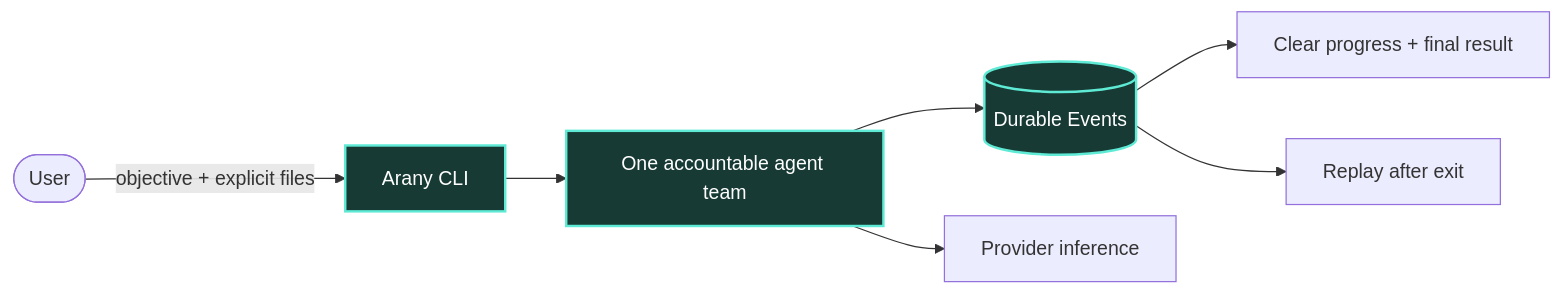
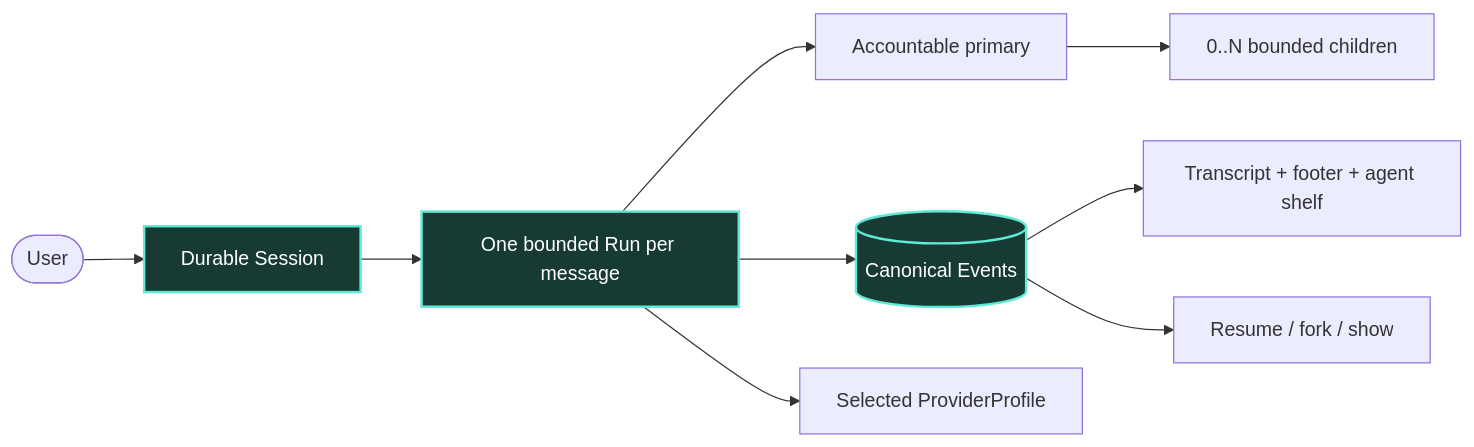
One commit to fpmirabile/arany changed the first of 8 diagrams in docs/architecture/arany-conceptual-overview.md. Above: the diagram before and after it, drawn with Mermaid. The commit also changed other lines of this file and 31 other files, not shown here.

````diff
--- a/docs/architecture/arany-conceptual-overview.md
+++ b/docs/architecture/arany-conceptual-overview.md
@@ -31,12 +30,14 @@
 ```mermaid
 flowchart LR
-    Person([User]) -->|objective + explicit files| Arany[Arany CLI]
-    Arany --> Team[One accountable agent team]
-    Team --> Truth[(Durable Events)]
-    Truth --> Feedback[Clear progress + final result]
-    Truth --> Replay[Replay after exit]
-    Team --> Model[Provider inference]
+    User([User]) --> Session[Durable Session]
+    Session --> Run[One bounded Run per message]
+    Run --> Primary[Accountable primary]
+    Primary --> Children[0..N bounded children]
+    Run --> Events[(Canonical Events)]
+    Events --> Terminal[Transcript + footer + agent shelf]
+    Events --> Replay[Resume / fork / show]
+    Run --> Provider[Selected ProviderProfile]
 
     classDef focus fill:#173b34,color:#fff,stroke:#5eead4,stroke-width:2px;
-    class Arany,Team,Truth focus;
+    class Session,Run,Events focus;
 ```
````
